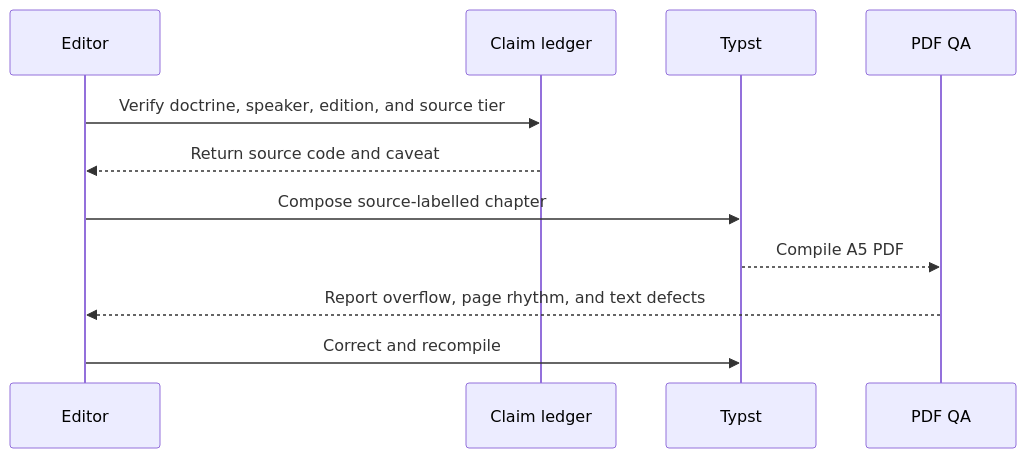
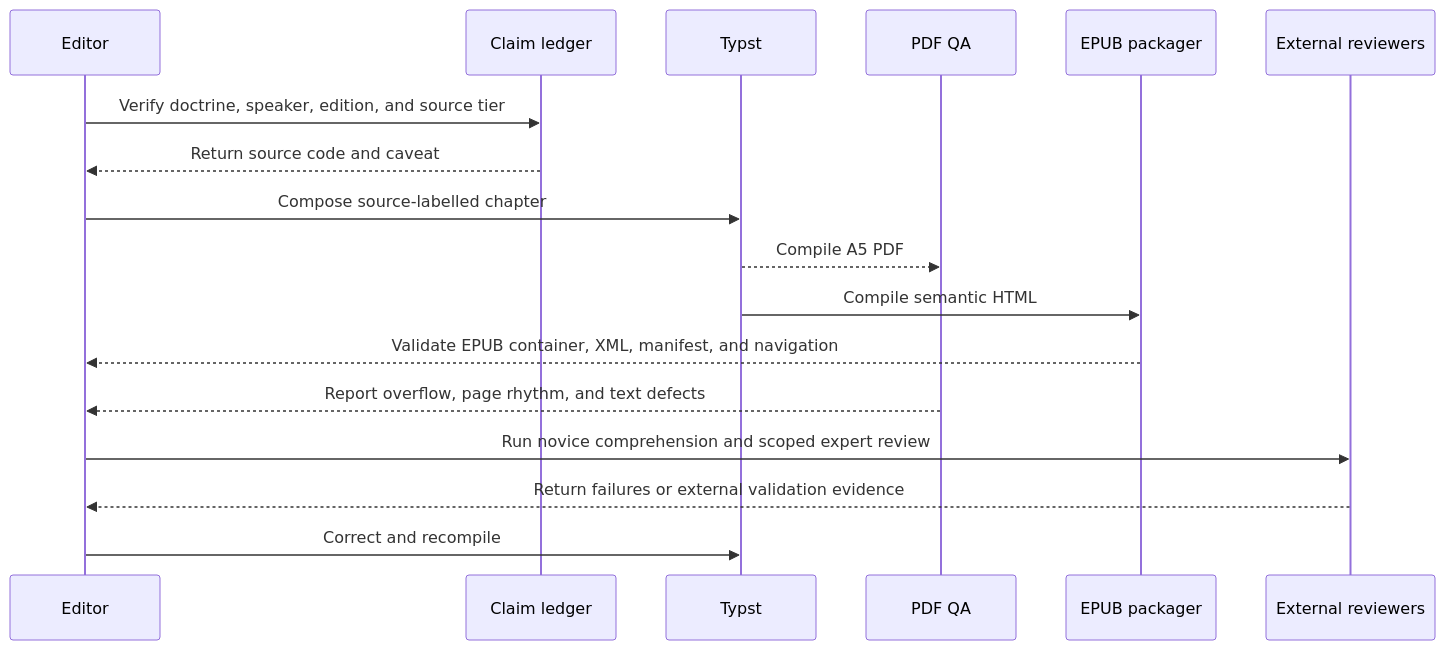
Before and after one commit to streamentry/streamentry: the third of 5 diagrams in AGENTS.md, drawn with Mermaid. The commit also changed other lines of this file and 35 other files, not shown here.

````diff
--- a/AGENTS.md
+++ b/AGENTS.md
@@ -60,13 +75,19 @@
 ```mermaid
 sequenceDiagram
   participant E as Editor
   participant L as Claim ledger
   participant T as Typst
   participant Q as PDF QA
+  participant P as EPUB packager
+  participant R as External reviewers
   E->>L: Verify doctrine, speaker, edition, and source tier
   L-->>E: Return source code and caveat
   E->>T: Compose source-labelled chapter
   T-->>Q: Compile A5 PDF
+  T->>P: Compile semantic HTML
+  P-->>E: Validate EPUB container, XML, manifest, and navigation
   Q-->>E: Report overflow, page rhythm, and text defects
+  E->>R: Run novice comprehension and scoped expert review
+  R-->>E: Return failures or external validation evidence
   E->>T: Correct and recompile
 ```
````
